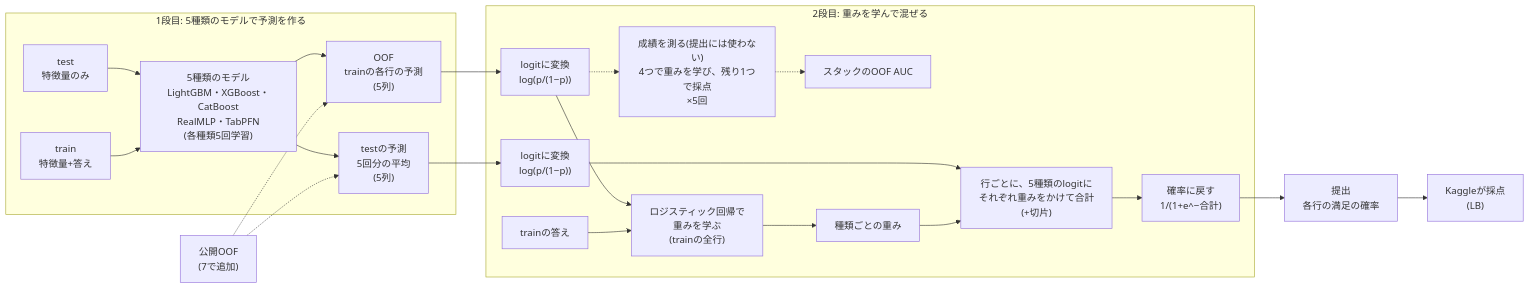
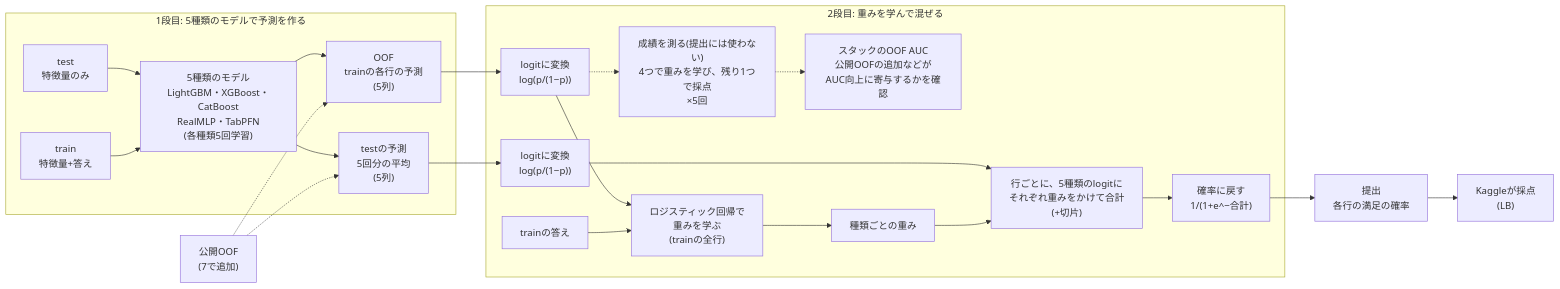
Before and after one commit to aramaki5443-art/kaggle-s6e10-airline-satisfaction: the diagram in README.md, drawn with Mermaid. The commit also changed other lines of this file, not shown here.

Commit message:
README diagram: add a title and explain what the stack OOF AUC is checked for
Claude-Session: https://claude.ai/code/session_01W4XQw12fApd9PttvvKTwbS

````diff
--- a/README.md
+++ b/README.md
@@ -133,24 +135,24 @@
 ```mermaid
 flowchart LR
   subgraph S1["1段目: 5種類のモデルで予測を作る"]
     TE["test<br>特徴量のみ"] --> M["5種類のモデル<br>LightGBM・XGBoost・CatBoost<br>RealMLP・TabPFN<br>(各種類5回学習)"]
     TR["train<br>特徴量+答え"] --> M
     M --> OOF["OOF<br>trainの各行の予測<br>(5列)"]
     M --> TP["testの予測<br>5回分の平均<br>(5列)"]
   end
   subgraph S2["2段目: 重みを学んで混ぜる"]
     OOF --> LO1["logitに変換<br>log(p/(1−p))"]
     LO1 --> LR["ロジスティック回帰で<br>重みを学ぶ<br>(trainの全行)"]
     LO1 -.-> CV["成績を測る(提出には使わない)<br>4つで重みを学び、残り1つで採点<br>×5回"]
-    CV -.-> AUC["スタックのOOF AUC"]
+    CV -.-> AUC["スタックのOOF AUC<br>公開OOFの追加などが<br>AUC向上に寄与するかを確認"]
     Y["trainの答え"] --> LR
     LR --> W["種類ごとの重み"]
     TP --> LO2["logitに変換<br>log(p/(1−p))"]
     LO2 --> MIX["行ごとに、5種類のlogitに<br>それぞれ重みをかけて合計<br>(+切片)"]
     W --> MIX
     MIX --> SIG["確率に戻す<br>1/(1+e^−合計)"]
   end
   PUB["公開OOF<br>(7で追加)"] -.-> OOF
   PUB -.-> TP
   SIG --> SUB["提出<br>各行の満足の確率"] --> LB["Kaggleが採点<br>(LB)"]
 ```
````
